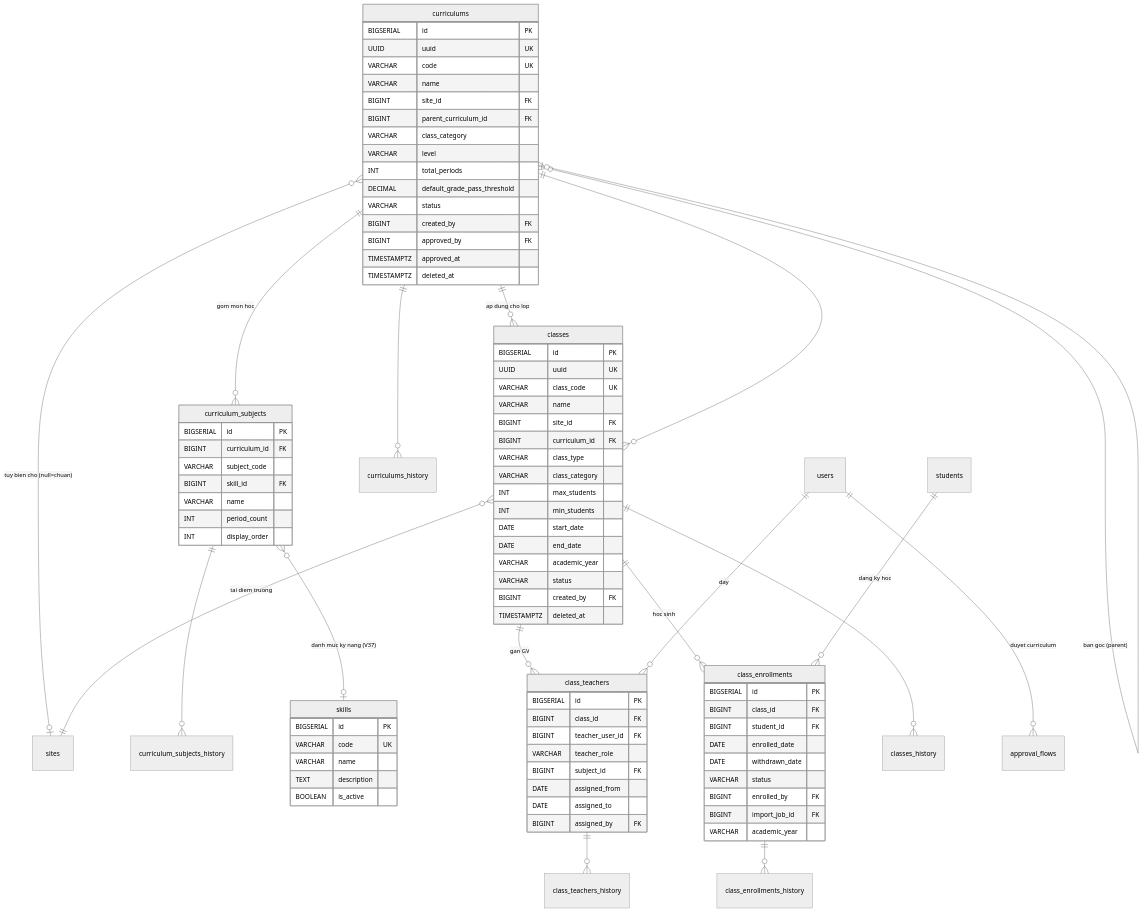
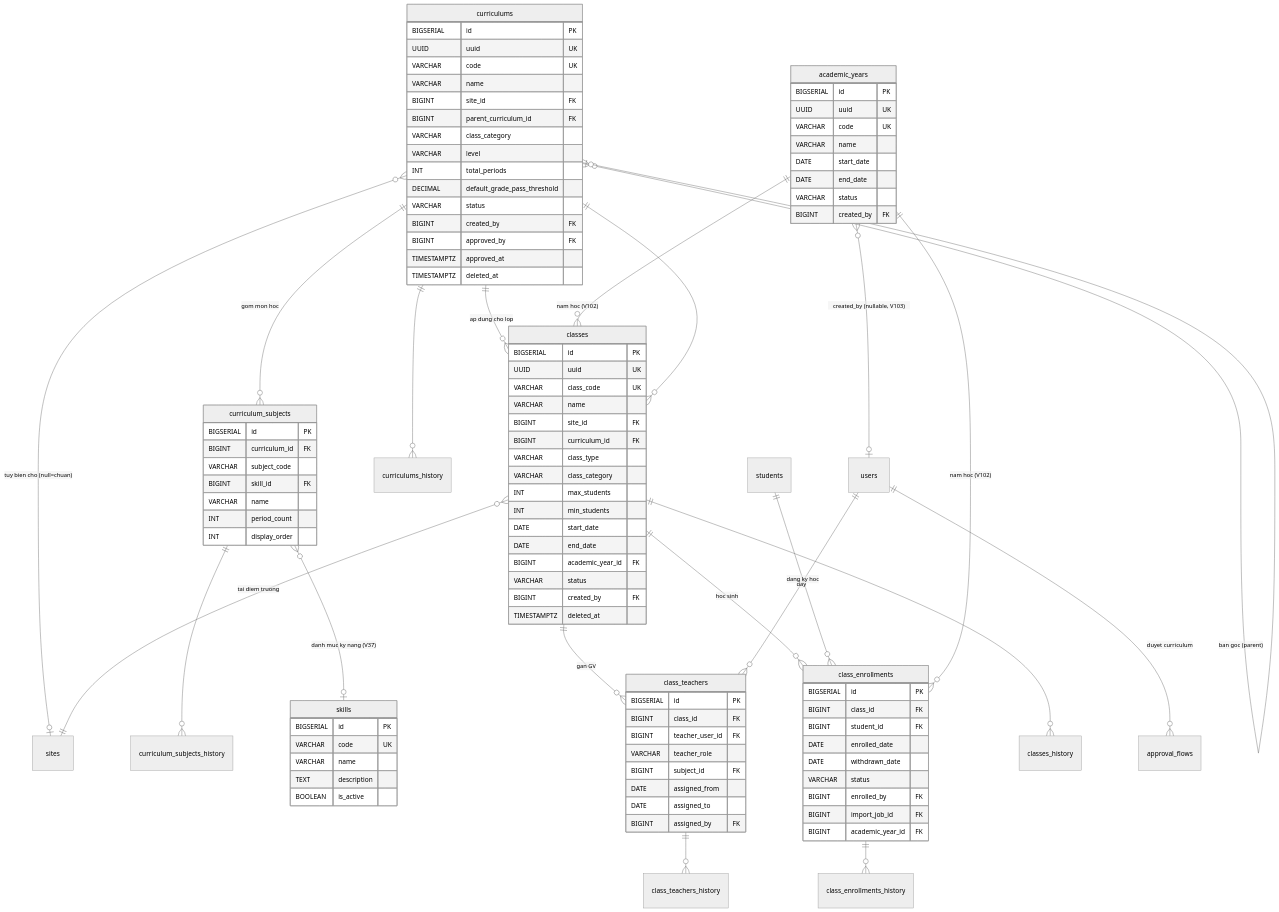
The first of 4 diagrams in docs/sdd-groups/06-hoc-thuat.md (langtuananh2424/pps-education), drawn with Mermaid (neutral theme) before and after one commit. The commit also changed other lines of this file and 19 other files, not shown here.

````diff
--- a/docs/sdd-groups/06-hoc-thuat.md
+++ b/docs/sdd-groups/06-hoc-thuat.md
@@ -32,6 +32,21 @@
     class_enrollments ||--o{ class_enrollments_history : ""
 
     users ||--o{ approval_flows : "duyet curriculum"
+
+    academic_years ||--o{ classes : "nam hoc (V102)"
+    academic_years ||--o{ class_enrollments : "nam hoc (V102)"
+    academic_years }o--o| users : "created_by (nullable, V103)"
+
+    academic_years {
+        BIGSERIAL id PK
+        UUID uuid UK
+        VARCHAR code UK
+        VARCHAR name
+        DATE start_date
+        DATE end_date
+        VARCHAR status
+        BIGINT created_by FK
+    }
 
     curriculums {
         BIGSERIAL id PK
@@ -82,7 +97,7 @@
         INT min_students
         DATE start_date
         DATE end_date
-        VARCHAR academic_year
+        BIGINT academic_year_id FK
         VARCHAR status
         BIGINT created_by FK
         TIMESTAMPTZ deleted_at
@@ -108,6 +123,6 @@
         VARCHAR status
         BIGINT enrolled_by FK
         BIGINT import_job_id FK
-        VARCHAR academic_year
+        BIGINT academic_year_id FK
     }
 ```
````
